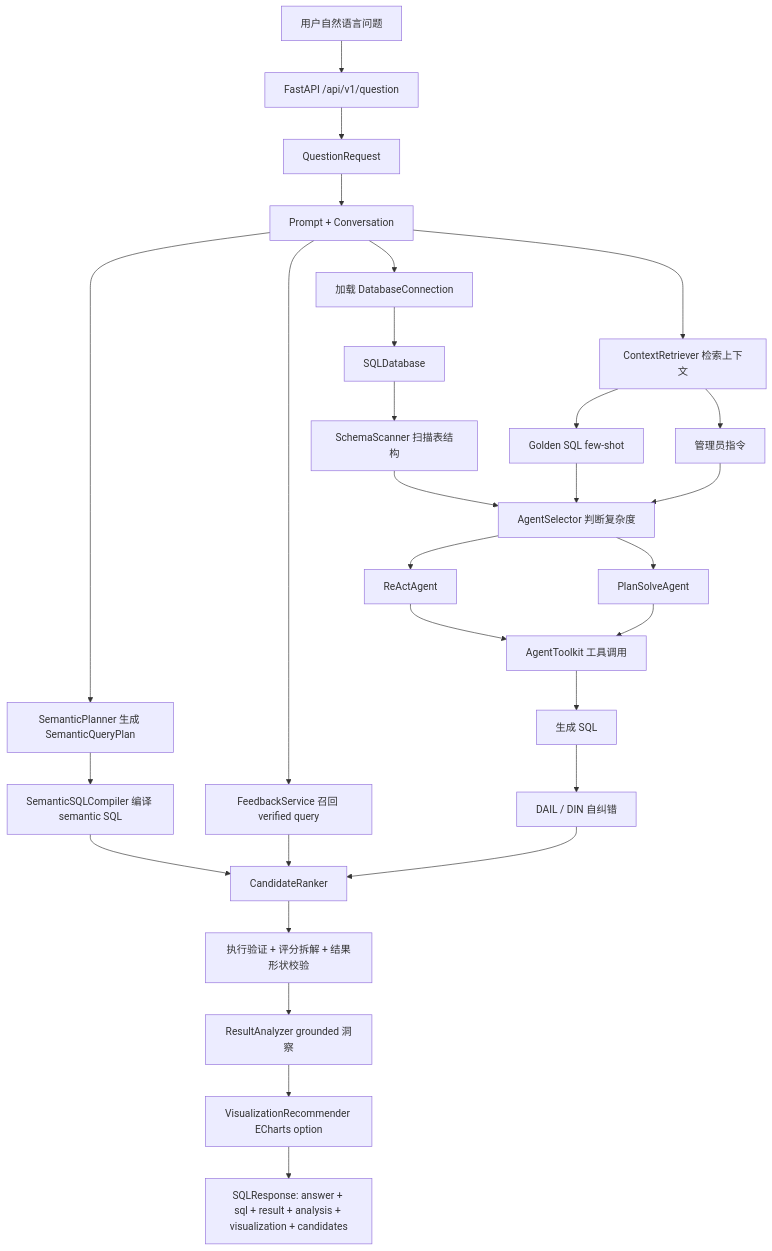
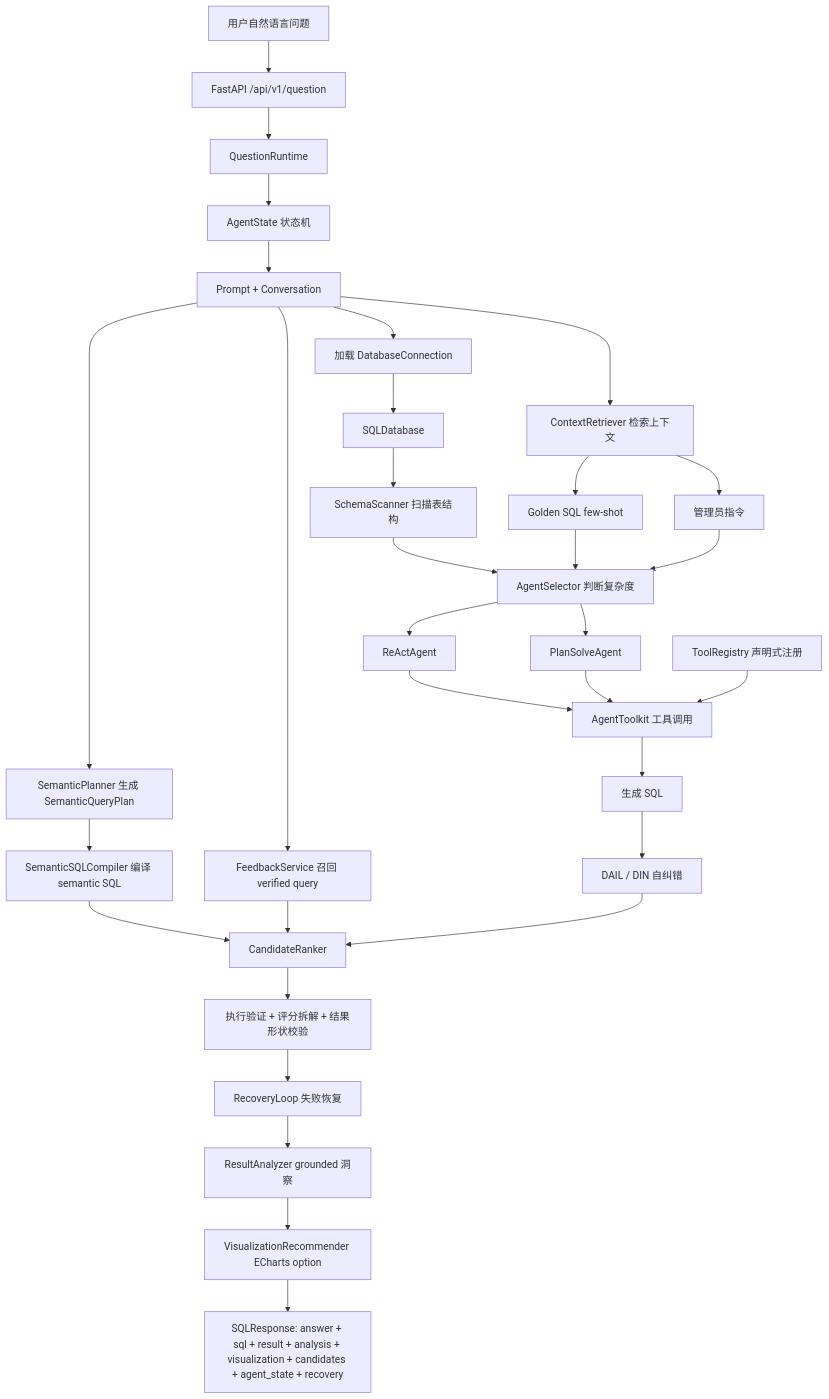
The first of 13 diagrams in docs/study-plan/diagrams.md (shuaidaqian/data-agent), drawn with Mermaid before and after one commit. The commit also changed other lines of this file and 26 other files, not shown here.

Commit message:
完善 Agent Runtime、工具治理与失败恢复文档

````diff
--- a/docs/study-plan/diagrams.md
+++ b/docs/study-plan/diagrams.md
@@ -5,31 +5,34 @@
 ```mermaid
 flowchart TD
     A["用户自然语言问题"] --> B["FastAPI /api/v1/question"]
-    B --> C["QuestionRequest"]
-    C --> D["Prompt + Conversation"]
+    B --> C["QuestionRuntime"]
+    C --> C1["AgentState 状态机"]
+    C1 --> D["Prompt + Conversation"]
     D --> E["加载 DatabaseConnection"]
     E --> F["SQLDatabase"]
     F --> G["SchemaScanner 扫描表结构"]
     D --> S["SemanticPlanner 生成 SemanticQueryPlan"]
     S --> S1["SemanticSQLCompiler 编译 semantic SQL"]
     D --> H["ContextRetriever 检索上下文"]
     H --> H1["Golden SQL few-shot"]
     H --> H2["管理员指令"]
     D --> V["FeedbackService 召回 verified query"]
     G --> I["AgentSelector 判断复杂度"]
     H1 --> I
     H2 --> I
     I --> J["ReActAgent"]
     I --> K["PlanSolveAgent"]
     J --> L["AgentToolkit 工具调用"]
     K --> L
+    L0["ToolRegistry 声明式注册"] --> L
     L --> M["生成 SQL"]
     M --> N["DAIL / DIN 自纠错"]
     S1 --> R["CandidateRanker"]
     V --> R
     N --> R
     R --> R1["执行验证 + 评分拆解 + 结果形状校验"]
-    R1 --> A1["ResultAnalyzer grounded 洞察"]
+    R1 --> RR["RecoveryLoop 失败恢复"]
+    RR --> A1["ResultAnalyzer grounded 洞察"]
     A1 --> Z["VisualizationRecommender ECharts option"]
-    Z --> O["SQLResponse: answer + sql + result + analysis + visualization + candidates"]
+    Z --> O["SQLResponse: answer + sql + result + analysis + visualization + candidates + agent_state + recovery"]
 ```
````
